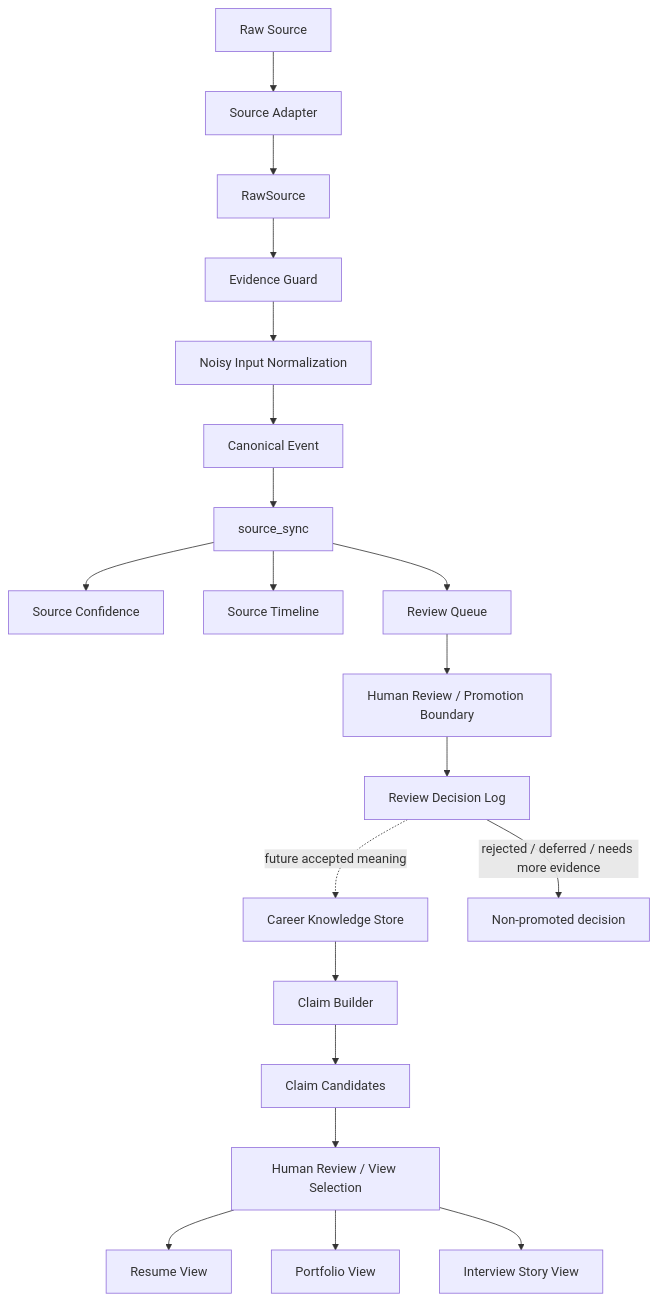
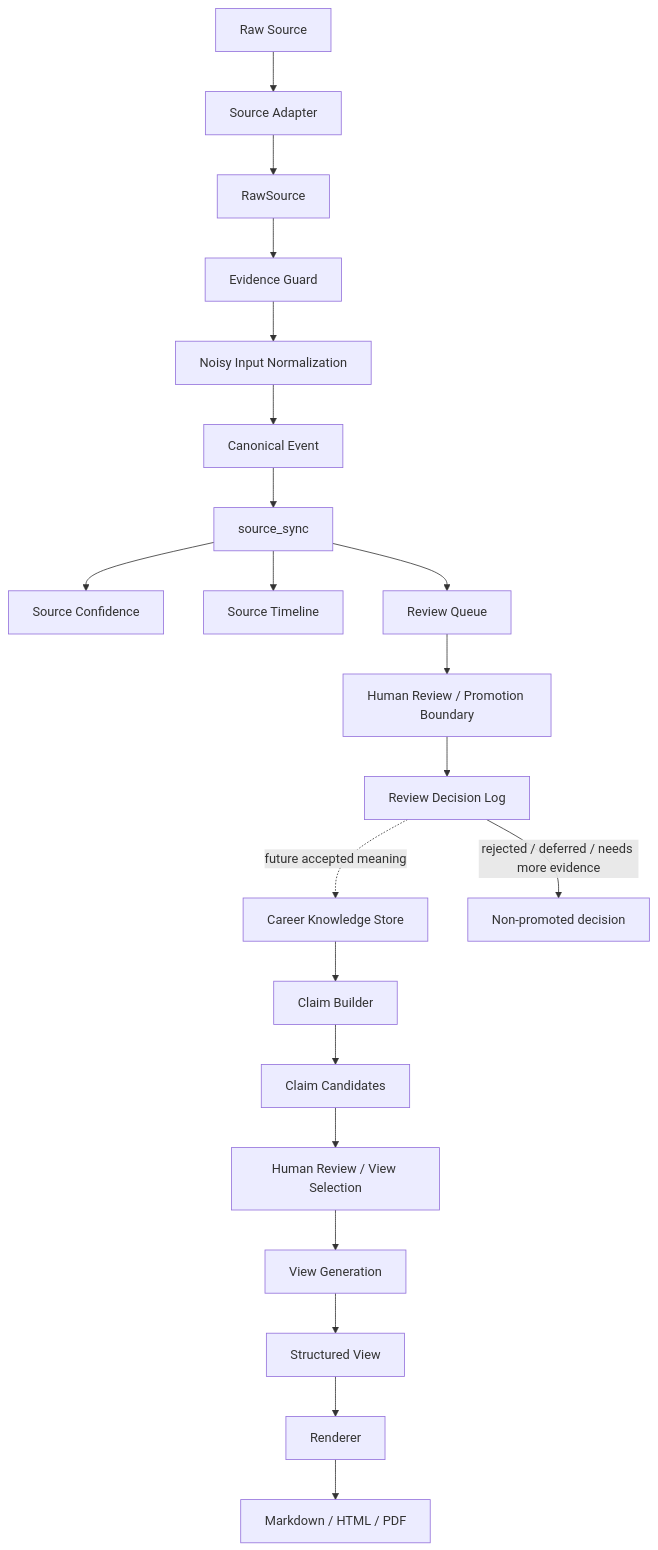
The diagram in docs/02_architecture.md (s-kyono/me-shower), drawn with Mermaid before and after one commit. The commit also changed other lines of this file and 6 other files, not shown here.

Commit message:
Define View Generation boundary contract

````diff
--- a/docs/02_architecture.md
+++ b/docs/02_architecture.md
@@ -181,22 +199,23 @@
 ```mermaid
 flowchart TD
     A[Raw Source] --> B[Source Adapter]
     B --> C[RawSource]
     C --> D[Evidence Guard]
     D --> E[Noisy Input Normalization]
     E --> F[Canonical Event]
     F --> G[source_sync]
     G --> H[Source Confidence]
     G --> I[Source Timeline]
     G --> P[Review Queue]
     P --> J[Human Review / Promotion Boundary]
     J --> Q[Review Decision Log]
     Q -.->|future accepted meaning| K[Career Knowledge Store]
     Q -->|rejected / deferred / needs more evidence| N[Non-promoted decision]
     K --> R[Claim Builder]
     R --> S[Claim Candidates]
     S --> T[Human Review / View Selection]
-    T --> L[Resume View]
-    T --> M[Portfolio View]
-    T --> O[Interview Story View]
+    T --> U[View Generation]
+    U --> V[Structured View]
+    V --> W[Renderer]
+    W --> L[Markdown / HTML / PDF]
 ```
````
